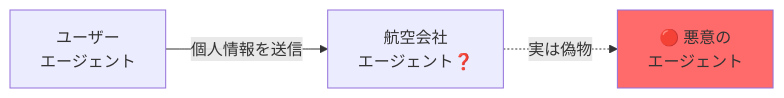
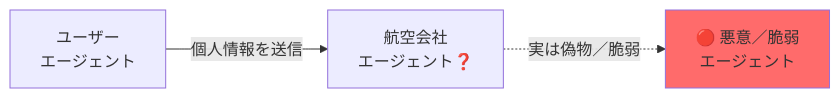
Before and after one commit to TaichiHiromatsu/secure-ai-agent-matching-platform: the first of 4 diagrams in README.md, drawn with Mermaid. The commit also changed other lines of this file, not shown here.

````diff
--- a/README.md
+++ b/README.md
@@ -64,7 +64,7 @@
 ```mermaid
 graph LR
     A1[ユーザー<br/>エージェント] -->|個人情報を送信| B1[航空会社<br/>エージェント❓]
-    B1 -.->|実は偽物| E1[🔴 悪意の<br/>エージェント]
+    B1 -.->|実は偽物／脆弱| E1[🔴 悪意／脆弱<br/>エージェント]
 
     style E1 fill:#ff6b6b
 ```
````
